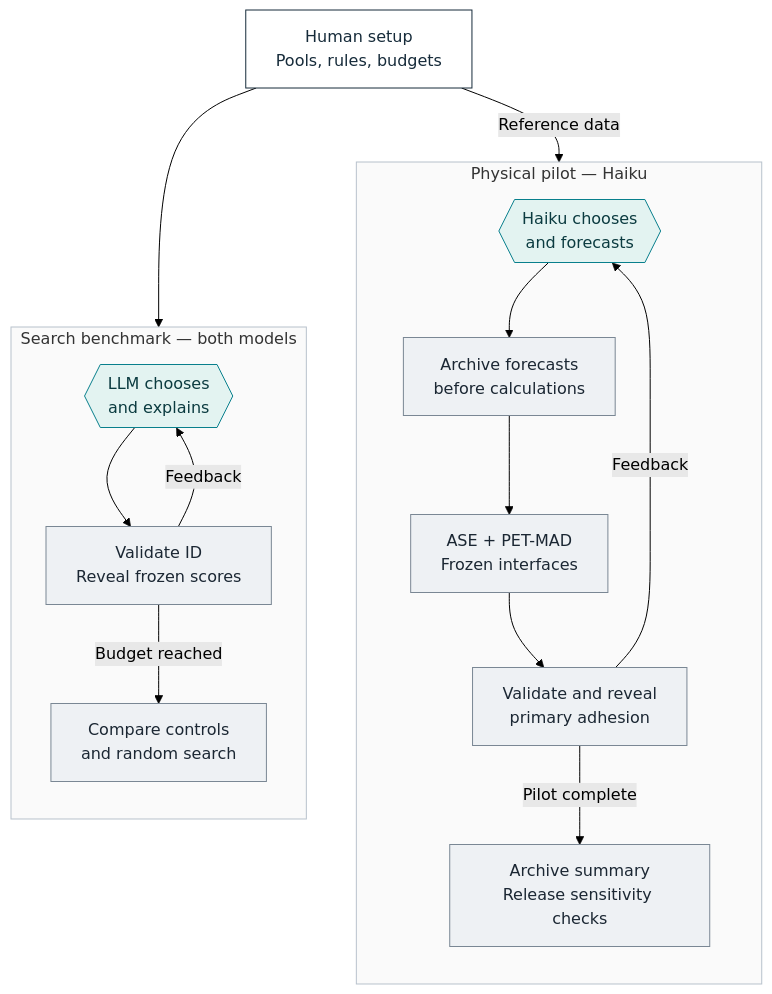
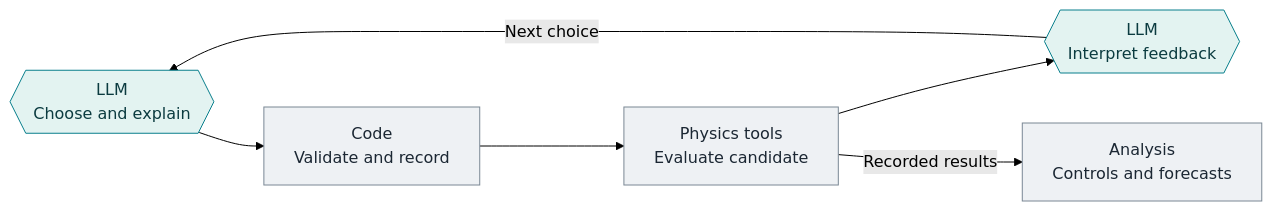
The first of 2 diagrams in README.md (DavideTisi/interphAIse), drawn with Mermaid (forest theme) before and after one commit. The commit also changed other lines of this file, not shown here.

Commit message:
Use a compact discovery loop with explicit study variants

````diff
--- a/README.md
+++ b/README.md
@@ -28,38 +28,17 @@
 ```mermaid
-flowchart TB
-    H["Human setup<br/>Pools, rules, budgets"]
+flowchart LR
+    L{{"LLM<br/>Choose and explain"}}
+    V["Code<br/>Validate and record"]
+    E["Physics tools<br/>Evaluate candidate"]
+    F{{"LLM<br/>Interpret feedback"}}
+    A["Analysis<br/>Controls and forecasts"]
 
-    subgraph B["Search benchmark — both models"]
-        direction TB
-        L{{"LLM chooses<br/>and explains"}}
-        Q["Validate ID<br/>Reveal frozen scores"]
-        A["Compare controls<br/>and random search"]
-        L --> Q
-        Q -- "Feedback" --> L
-        Q -- "Budget reached" --> A
-    end
-
-    subgraph P["Physical pilot — Haiku"]
-        direction TB
-        C{{"Haiku chooses<br/>and forecasts"}}
-        D["Archive forecasts<br/>before calculations"]
-        M["ASE + PET-MAD<br/>Frozen interfaces"]
-        V["Validate and reveal<br/>primary adhesion"]
-        F["Archive summary<br/>Release sensitivity checks"]
-        C --> D --> M --> V
-        V -- "Feedback" --> C
-        V -- "Pilot complete" --> F
-    end
-
-    H --> B
-    H -- "Reference data" --> P
+    L --> V --> E --> F
+    F -- "Next choice" --> L
+    E -- "Recorded results" --> A
 
     classDef llm fill:#e3f3f1,stroke:#087f8c,color:#0b3b40
     classDef tools fill:#eef1f4,stroke:#7a8794,color:#1b2733
-    classDef human fill:#ffffff,stroke:#162b3a,color:#162b3a
-    class L,C llm
-    class Q,A,D,M,V,F tools
-    class H human
-    style B fill:#fafafa,stroke:#b8c2cc
-    style P fill:#fafafa,stroke:#b8c2cc
+    class L,F llm
+    class V,E,A tools
 ```
````
